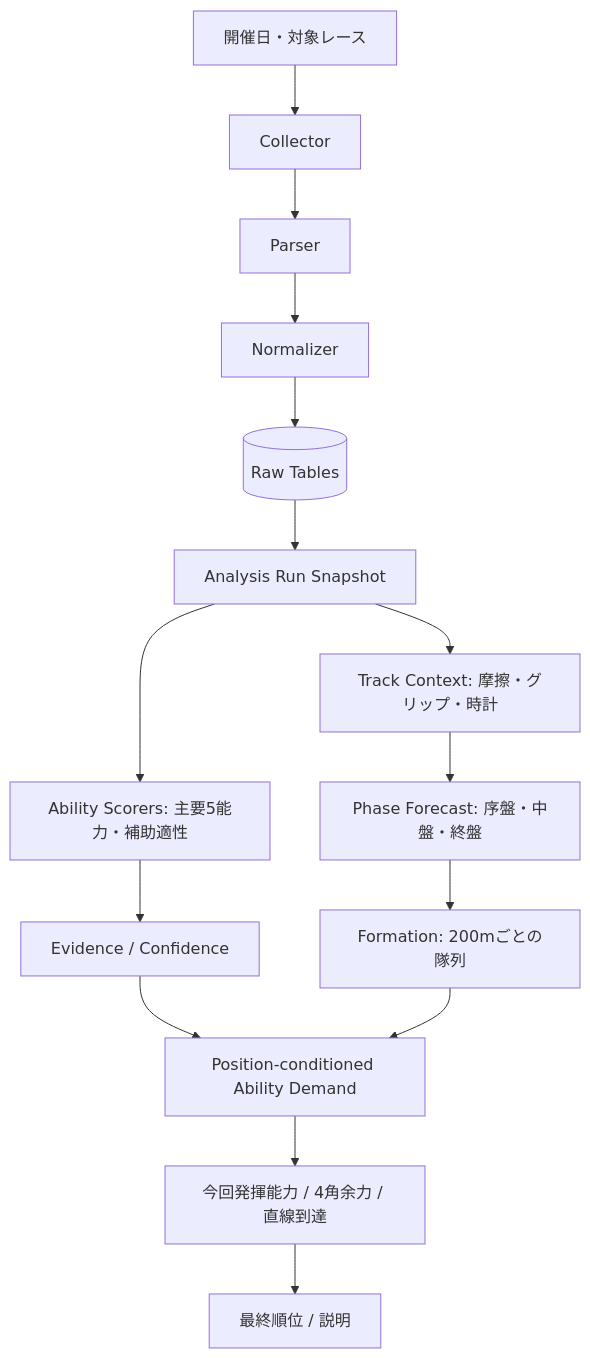
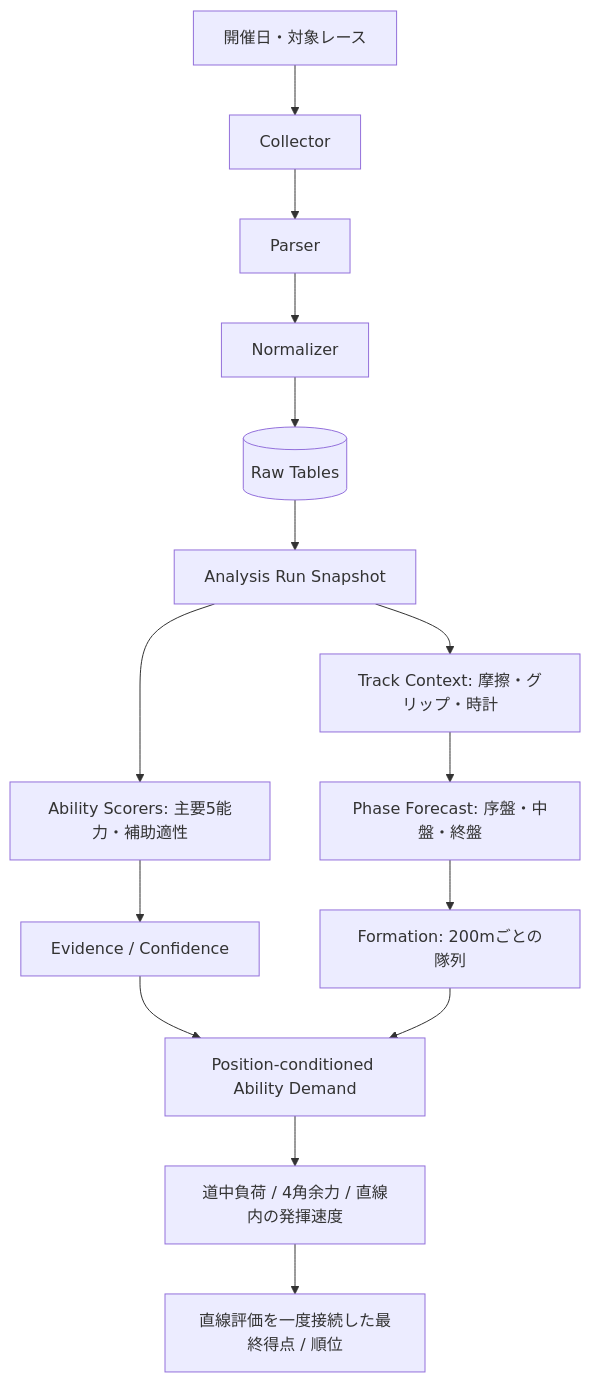
Before and after one commit to ItouHinata/keiba-analyzer-public: the diagram in docs/architecture.md, drawn with Mermaid. The commit also changed other lines of this file and 14 other files, not shown here.

````diff
--- a/docs/architecture.md
+++ b/docs/architecture.md
@@ -5,17 +5,17 @@
 ```mermaid
 flowchart TD
     A[開催日・対象レース] --> B[Collector]
     B --> C[Parser]
     C --> D[Normalizer]
     D --> E[(Raw Tables)]
     E --> F[Analysis Run Snapshot]
     F --> G[Track Context: 摩擦・グリップ・時計]
     F --> H[Ability Scorers: 主要5能力・補助適性]
     G --> I[Phase Forecast: 序盤・中盤・終盤]
     H --> J[Evidence / Confidence]
     I --> K[Formation: 200mごとの隊列]
     J --> L[Position-conditioned Ability Demand]
     K --> L
-    L --> M[今回発揮能力 / 4角余力 / 直線到達]
-    M --> N[最終順位 / 説明]
+    L --> M[道中負荷 / 4角余力 / 直線内の発揮速度]
+    M --> N[直線評価を一度接続した最終得点 / 順位]
 ```
````
